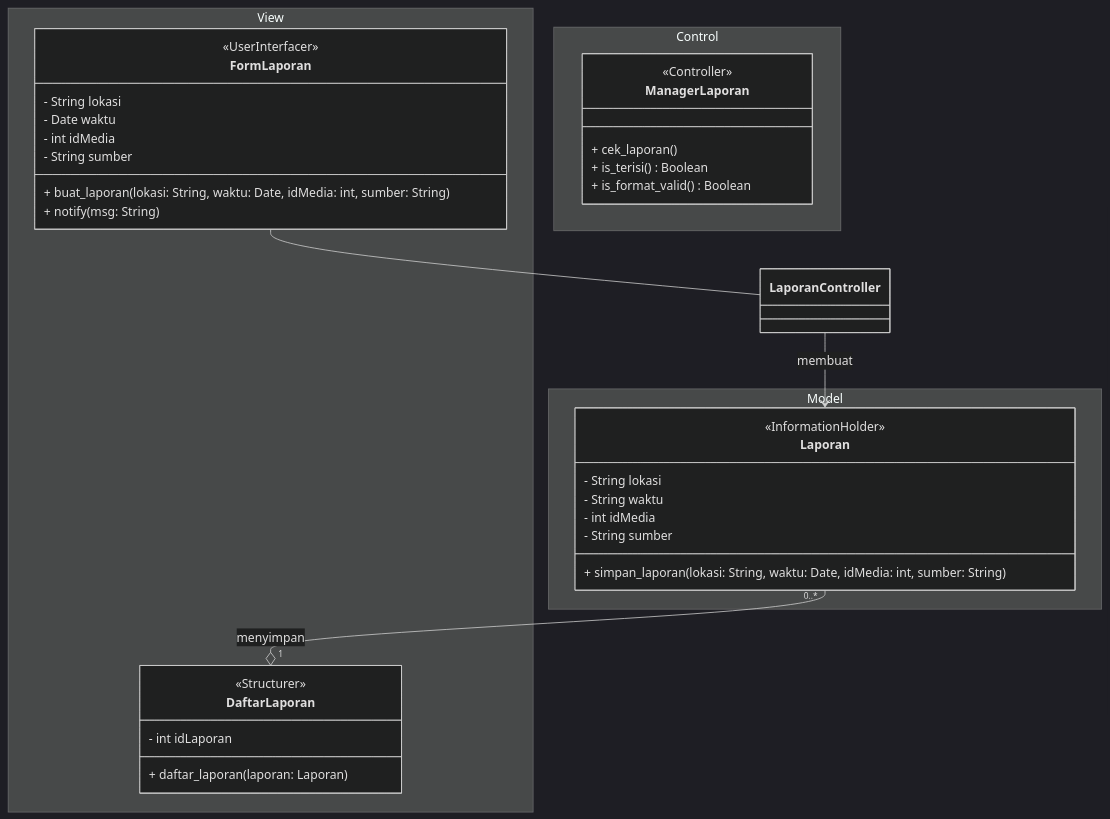
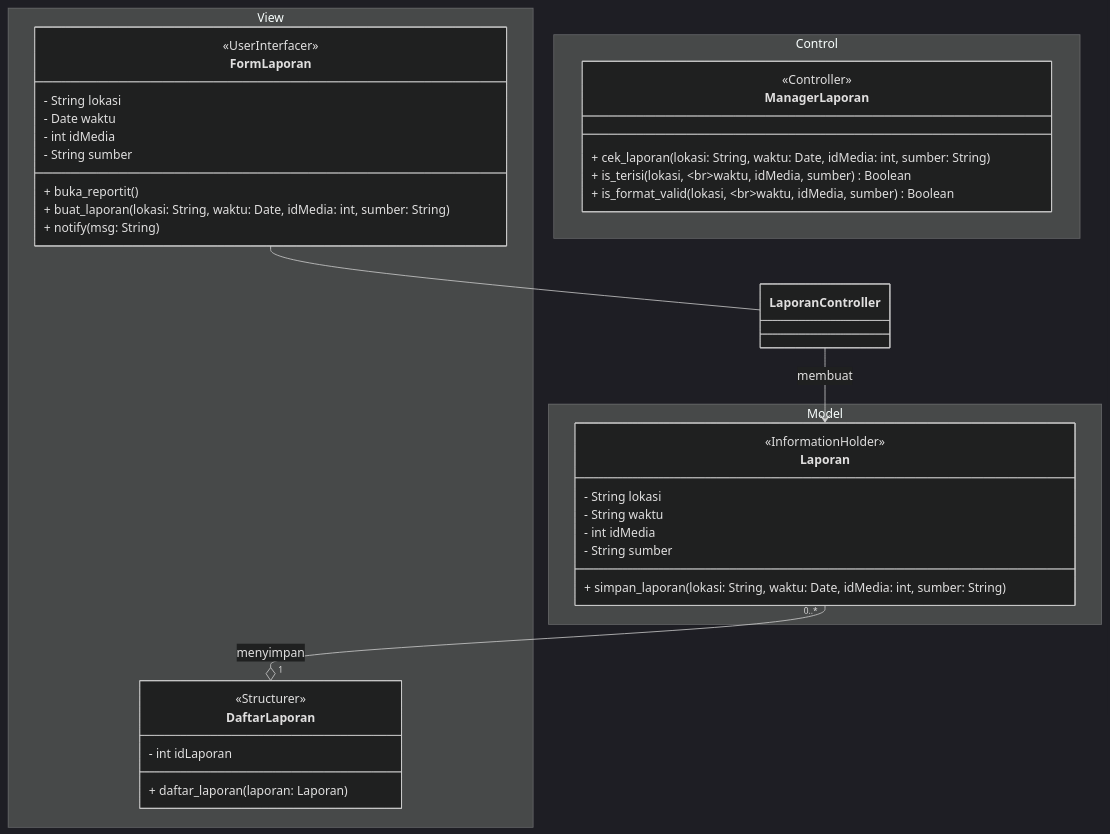
Before and after one commit to star-scripter/IF2150-RPL-K03-G02: the sixth of 29 diagrams in docs/M8/K03_G02_DPPL2.md, drawn with Mermaid (dark theme). The commit also changed other lines of this file, not shown here.

````diff
--- a/docs/M8/K03_G02_DPPL2.md
+++ b/docs/M8/K03_G02_DPPL2.md
@@ -417,41 +417,42 @@
 ```mermaid
 classDiagram
     namespace View {
         class FormLaporan {
             <<UserInterfacer>>
             - String lokasi
             - Date waktu
             - int idMedia
             - String sumber 
+            + buka_reportit()
             + buat_laporan(lokasi: String, waktu: Date, idMedia: int, sumber: String)
             + notify(msg: String)
         }
         class DaftarLaporan {
             <<Structurer>>
             - int idLaporan
             + daftar_laporan(laporan: Laporan)
         }
     }
     namespace Control {
         class ManagerLaporan {
             <<Controller>>
-            + cek_laporan()
-            + is_terisi() Boolean
-            + is_format_valid() Boolean
+            + cek_laporan(lokasi: String, waktu: Date, idMedia: int, sumber: String)
+            + is_terisi(lokasi, <br/>waktu, idMedia, sumber) Boolean
+            + is_format_valid(lokasi, <br/>waktu, idMedia, sumber) Boolean
         }
     }
     namespace Model {
         class Laporan {
             <<InformationHolder>>
             - String lokasi
             - String waktu
             - int idMedia
             - String sumber
             + simpan_laporan(lokasi: String, waktu: Date, idMedia: int, sumber: String)
         }
     }
 
     FormLaporan -- LaporanController
     LaporanController --> Laporan : membuat
     Laporan "0..*" --o "1" DaftarLaporan : menyimpan
 ```
````
